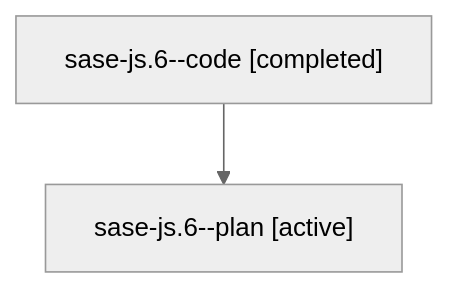
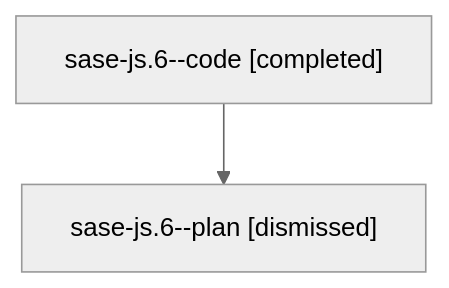
The diagram in sessions/bbugyi200.athena.sase-js.6.md (sase-org/sase--agents), drawn with Mermaid (neutral theme) before and after one commit. The commit also changed other lines of this file and 112 other files, not shown here.

````diff
--- a/sessions/bbugyi200.athena.sase-js.6.md
+++ b/sessions/bbugyi200.athena.sase-js.6.md
@@ -9,6 +9,6 @@
 ```mermaid
 flowchart TD
   n0["sase-js.6--code [completed]"]
-  n1["sase-js.6--plan [active]"]
+  n1["sase-js.6--plan [dismissed]"]
   n0 --> n1
 ```
````
